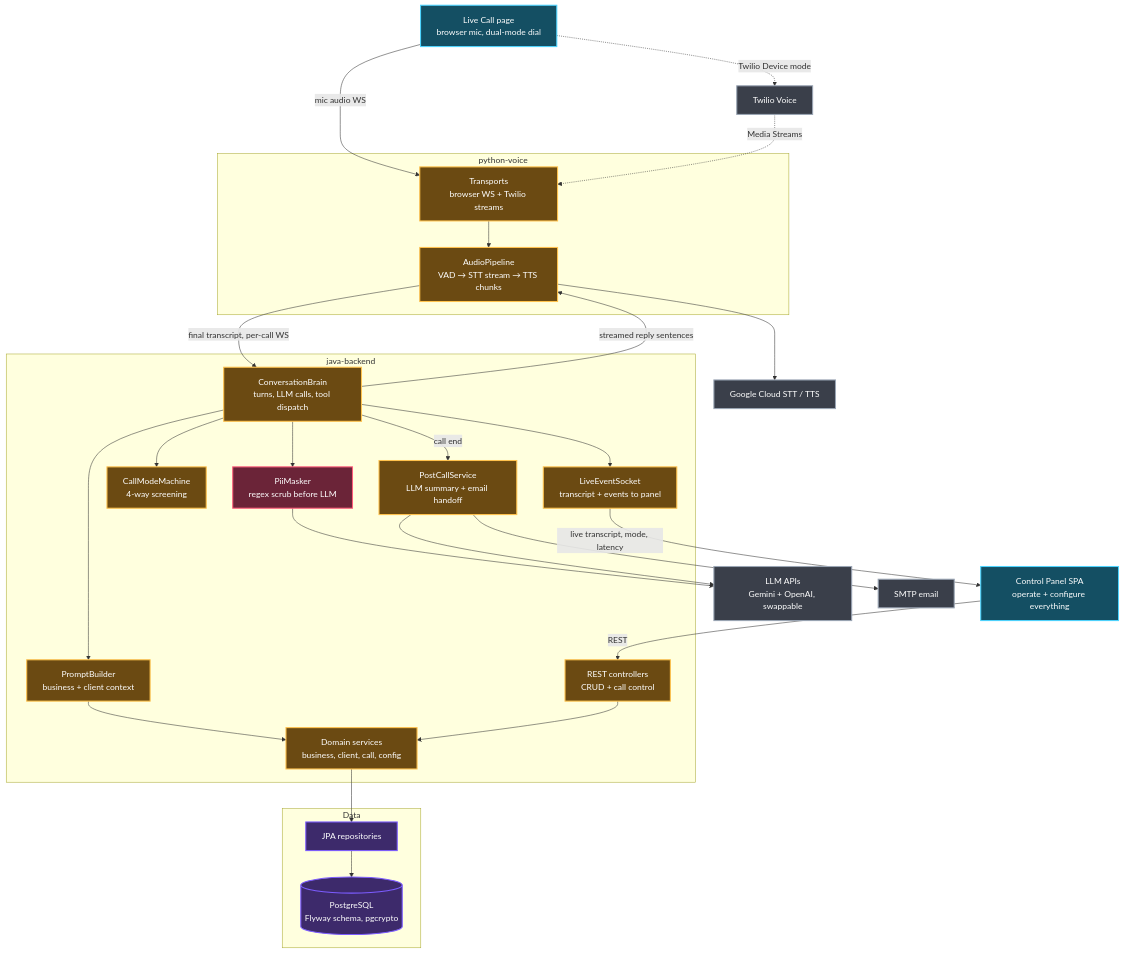
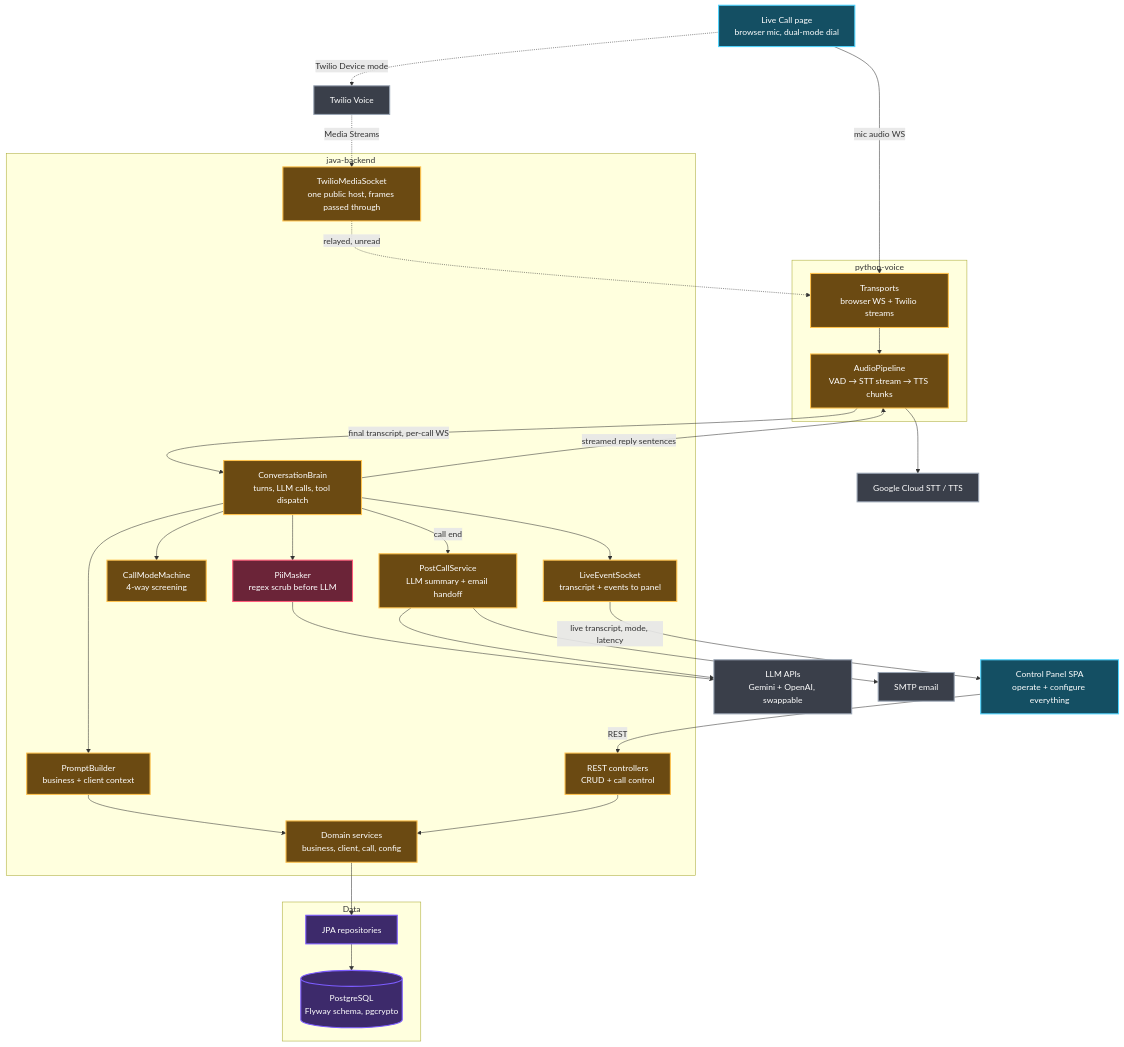
The diagram in docs/ors/architecture.md (guy-z3r0/AI-Customer-Service-Agent), drawn with Mermaid before and after one commit. The commit also changed other lines of this file and 13 other files, not shown here.

````diff
--- a/docs/ors/architecture.md
+++ b/docs/ors/architecture.md
@@ -20,65 +20,67 @@
 ```mermaid
 graph TD
     Panel["Control Panel SPA<br/>operate + configure everything"]
     CallClient["Live Call page<br/>browser mic, dual-mode dial"]
 
     subgraph PythonVoice["python-voice"]
         Transports["Transports<br/>browser WS + Twilio streams"]
         Pipeline["AudioPipeline<br/>VAD → STT stream → TTS chunks"]
     end
 
     subgraph JavaBackend["java-backend"]
         RestApi["REST controllers<br/>CRUD + call control"]
+        MediaRelay["TwilioMediaSocket<br/>one public host, frames passed through"]
         LiveFeed["LiveEventSocket<br/>transcript + events to panel"]
         Brain["ConversationBrain<br/>turns, LLM calls, tool dispatch"]
         ModeMachine["CallModeMachine<br/>4-way screening"]
         PromptBuilder["PromptBuilder<br/>business + client context"]
         PostCall["PostCallService<br/>LLM summary + email handoff"]
         DomainSvc["Domain services<br/>business, client, call, config"]
         PiiMasker["PiiMasker<br/>regex scrub before LLM"]
     end
 
     subgraph Data
         Repos["JPA repositories"]
         PG[("PostgreSQL<br/>Flyway schema, pgcrypto")]
     end
 
     Gemini["LLM APIs<br/>Gemini + OpenAI, swappable"]
     GCP["Google Cloud STT / TTS"]
     Twilio["Twilio Voice"]
     SMTP["SMTP email"]
 
     Panel -->|REST| RestApi
     LiveFeed -->|live transcript, mode, latency| Panel
     CallClient -->|mic audio WS| Transports
     CallClient -.->|Twilio Device mode| Twilio
-    Twilio -.->|Media Streams| Transports
+    Twilio -.->|Media Streams| MediaRelay
+    MediaRelay -.->|relayed, unread| Transports
     Transports --> Pipeline
     Pipeline -->|final transcript, per-call WS| Brain
     Brain -->|streamed reply sentences| Pipeline
     Pipeline --> GCP
     Brain --> ModeMachine
     Brain --> PromptBuilder
     PromptBuilder --> DomainSvc
     Brain --> PiiMasker
     PiiMasker --> Gemini
     Brain -->|call end| PostCall
     PostCall --> Gemini
     PostCall --> SMTP
     RestApi --> DomainSvc
     DomainSvc --> Repos
     Repos --> PG
     Brain --> LiveFeed
 
     classDef ui fill:#144F63,stroke:#4DD4FF,stroke-width:2px,color:#FFFFFF
     classDef core fill:#6B4A12,stroke:#FFC24D,stroke-width:2px,color:#FFFFFF
     classDef data fill:#3D2A6B,stroke:#7C5CFF,stroke-width:2px,color:#FFFFFF
     classDef external fill:#3A3F4A,stroke:#9AA5B4,stroke-width:2px,color:#FFFFFF
     classDef util fill:#6B2438,stroke:#FF5C7A,stroke-width:2px,color:#FFFFFF
 
     class Panel,CallClient ui
-    class Transports,Pipeline,RestApi,LiveFeed,Brain,ModeMachine,PromptBuilder,PostCall,DomainSvc core
+    class Transports,Pipeline,RestApi,MediaRelay,LiveFeed,Brain,ModeMachine,PromptBuilder,PostCall,DomainSvc core
     class Repos,PG data
     class Gemini,GCP,Twilio,SMTP external
     class PiiMasker util
 ```
````
